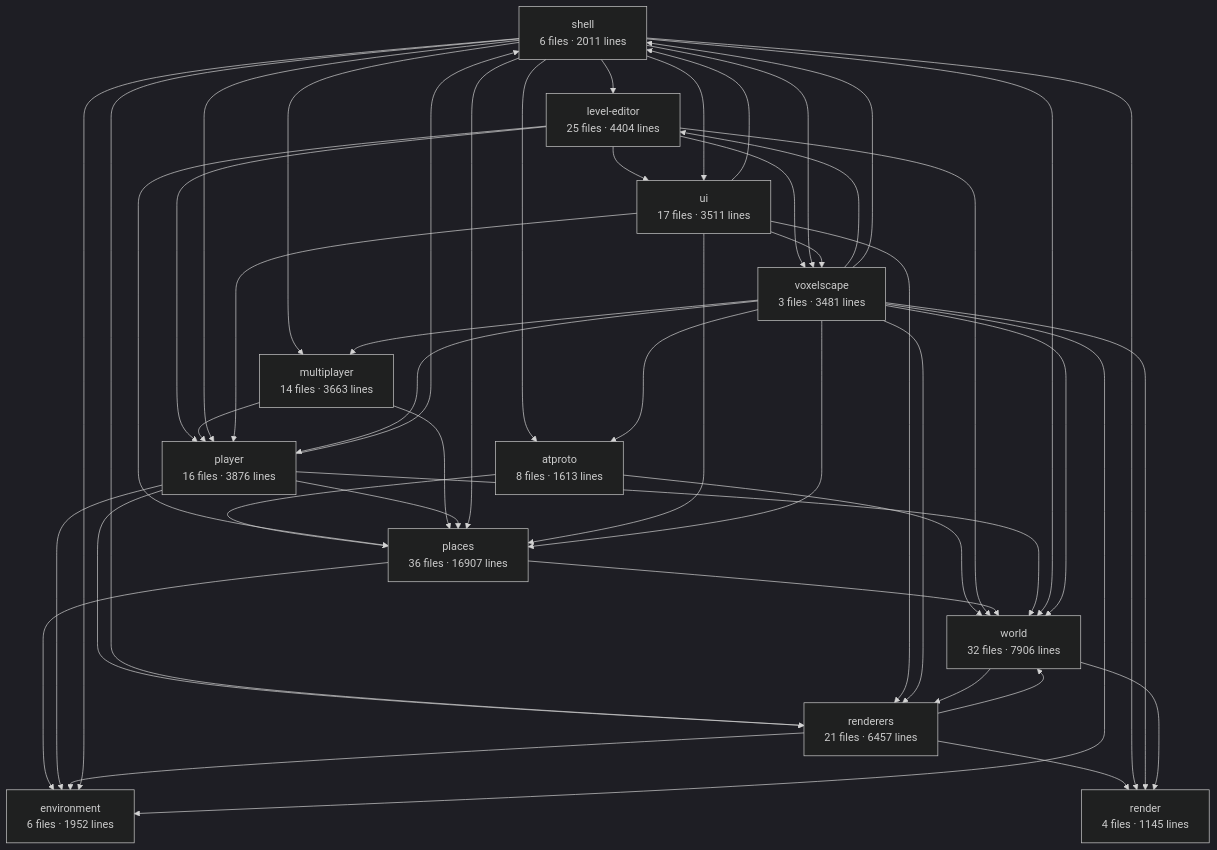
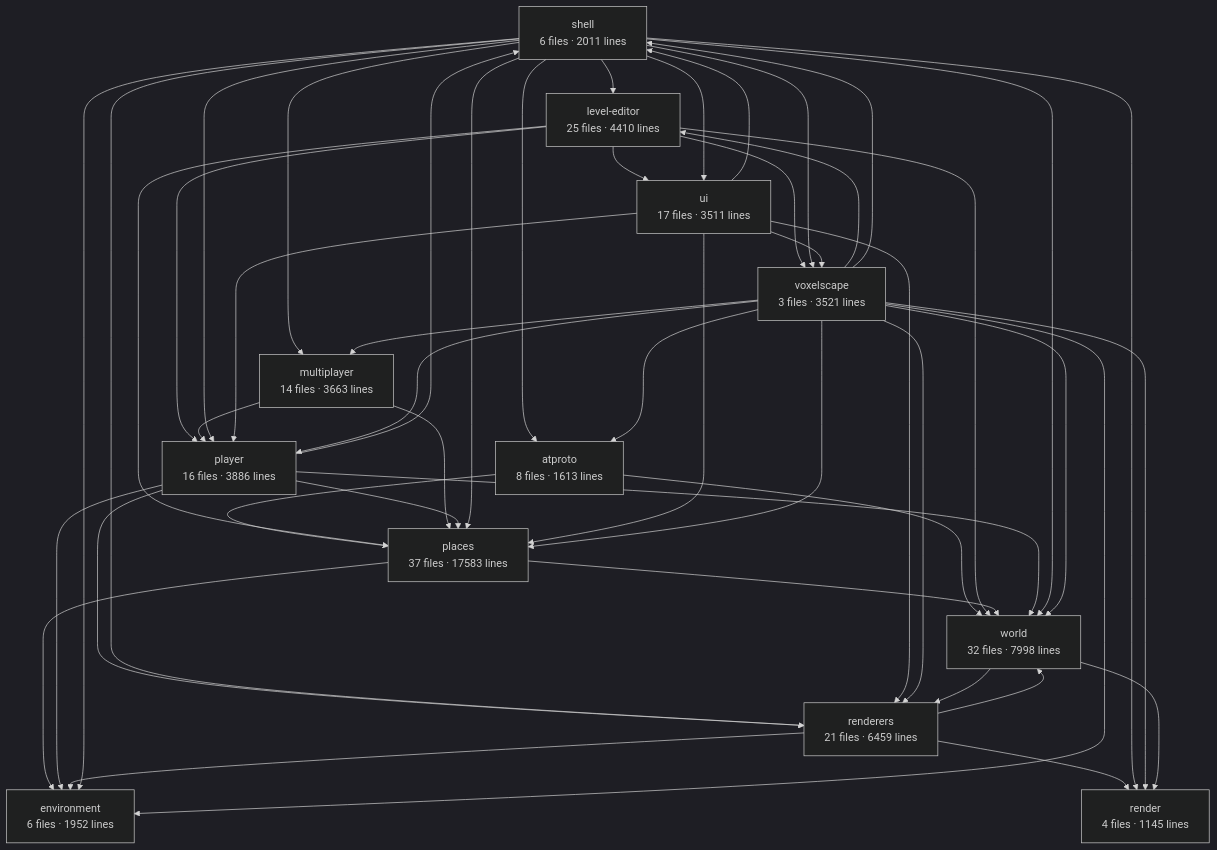
The diagram in apps/voxelscape/docs/architecture.md (big-mesh-studios/big-mesh-studios), drawn with Mermaid (dark theme) before and after one commit. The commit also changed other lines of this file and 34 other files, not shown here.

````diff
--- a/apps/voxelscape/docs/architecture.md
+++ b/apps/voxelscape/docs/architecture.md
@@ -6,62 +6,62 @@
 ```mermaid
 graph TD
   shell["shell<br/>6 files · 2011 lines"]
-  voxelscape["voxelscape<br/>3 files · 3481 lines"]
-  world["world<br/>32 files · 7906 lines"]
-  renderers["renderers<br/>21 files · 6457 lines"]
+  voxelscape["voxelscape<br/>3 files · 3521 lines"]
+  world["world<br/>32 files · 7998 lines"]
+  renderers["renderers<br/>21 files · 6459 lines"]
   render["render<br/>4 files · 1145 lines"]
-  player["player<br/>16 files · 3876 lines"]
+  player["player<br/>16 files · 3886 lines"]
   multiplayer["multiplayer<br/>14 files · 3663 lines"]
-  places["places<br/>36 files · 16907 lines"]
+  places["places<br/>37 files · 17583 lines"]
   environment["environment<br/>6 files · 1952 lines"]
   atproto["atproto<br/>8 files · 1613 lines"]
   ui["ui<br/>17 files · 3511 lines"]
-  level-editor["level-editor<br/>25 files · 4404 lines"]
+  level-editor["level-editor<br/>25 files · 4410 lines"]
   atproto --> places
   atproto --> world
   level-editor --> places
   level-editor --> player
   level-editor --> ui
   level-editor --> voxelscape
   level-editor --> world
   multiplayer --> places
   multiplayer --> player
   places --> environment
   places --> world
   player --> environment
   player --> places
   player --> renderers
   player --> shell
   player --> world
   renderers --> environment
   renderers --> render
   renderers --> world
   shell --> atproto
   shell --> environment
   shell --> level-editor
   shell --> multiplayer
   shell --> places
   shell --> player
   shell --> render
   shell --> renderers
   shell --> ui
   shell --> voxelscape
   shell --> world
   ui --> places
   ui --> player
   ui --> renderers
   ui --> shell
   ui --> voxelscape
   voxelscape --> atproto
   voxelscape --> environment
   voxelscape --> level-editor
   voxelscape --> multiplayer
   voxelscape --> places
   voxelscape --> player
   voxelscape --> render
   voxelscape --> renderers
   voxelscape --> shell
   voxelscape --> world
   world --> render
   world --> renderers
 ```
````
